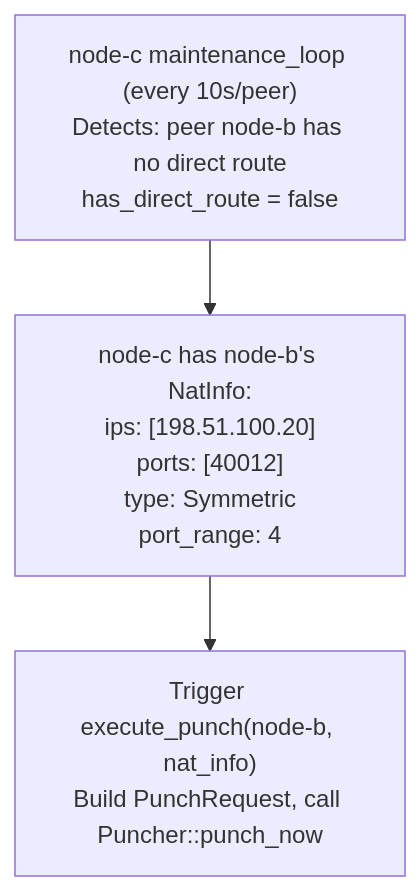
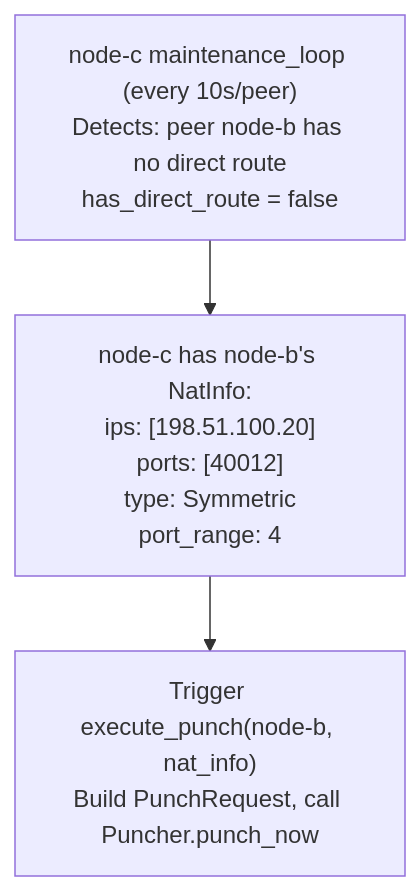
One commit to rustp2p/rustp2p changed diagram 17 of 27 in docs/nat-punch-principles.md. Above: the diagram before and after it, drawn with Mermaid. The commit also changed other lines of this file, not shown here.

Commit message:
docs: harden mermaid labels after section 5.3 for renderer compatibility

````diff
--- a/docs/nat-punch-principles.md
+++ b/docs/nat-punch-principles.md
@@ -582,7 +582,7 @@
 ```mermaid
 flowchart TD
     ML["node-c maintenance_loop (every 10s/peer)<br/>Detects: peer node-b has no direct route<br/>has_direct_route = false"]
     NAT["node-c has node-b's NatInfo:<br/>ips: [198.51.100.20]<br/>ports: [40012]<br/>type: Symmetric<br/>port_range: 4"]
     ML --> NAT
-    NAT --> EXEC["Trigger execute_punch(node-b, nat_info)<br/>Build PunchRequest, call Puncher::punch_now"]
+    NAT --> EXEC["Trigger execute_punch(node-b, nat_info)<br/>Build PunchRequest, call Puncher.punch_now"]
 ```
````
